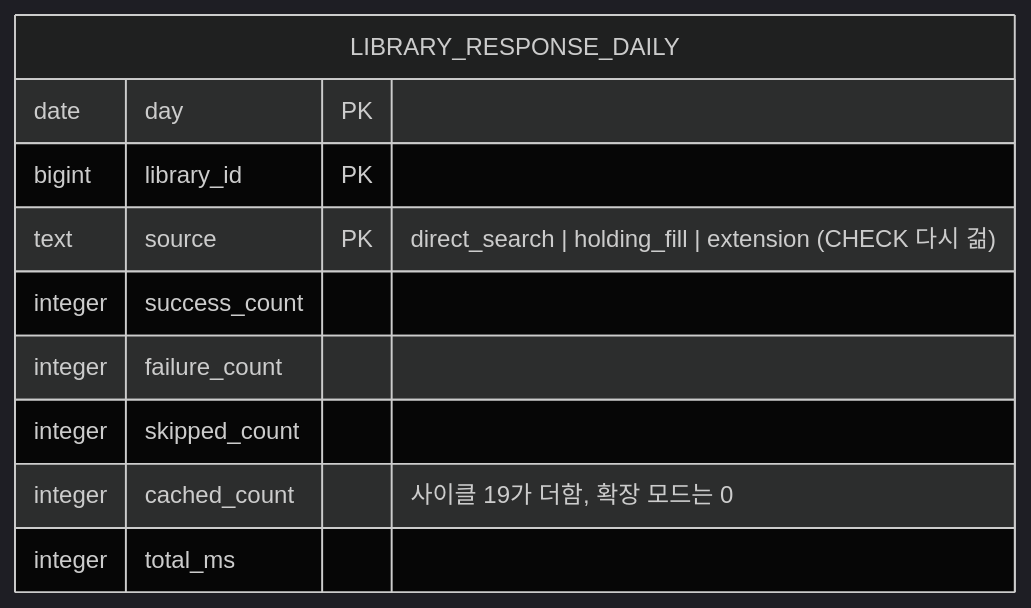
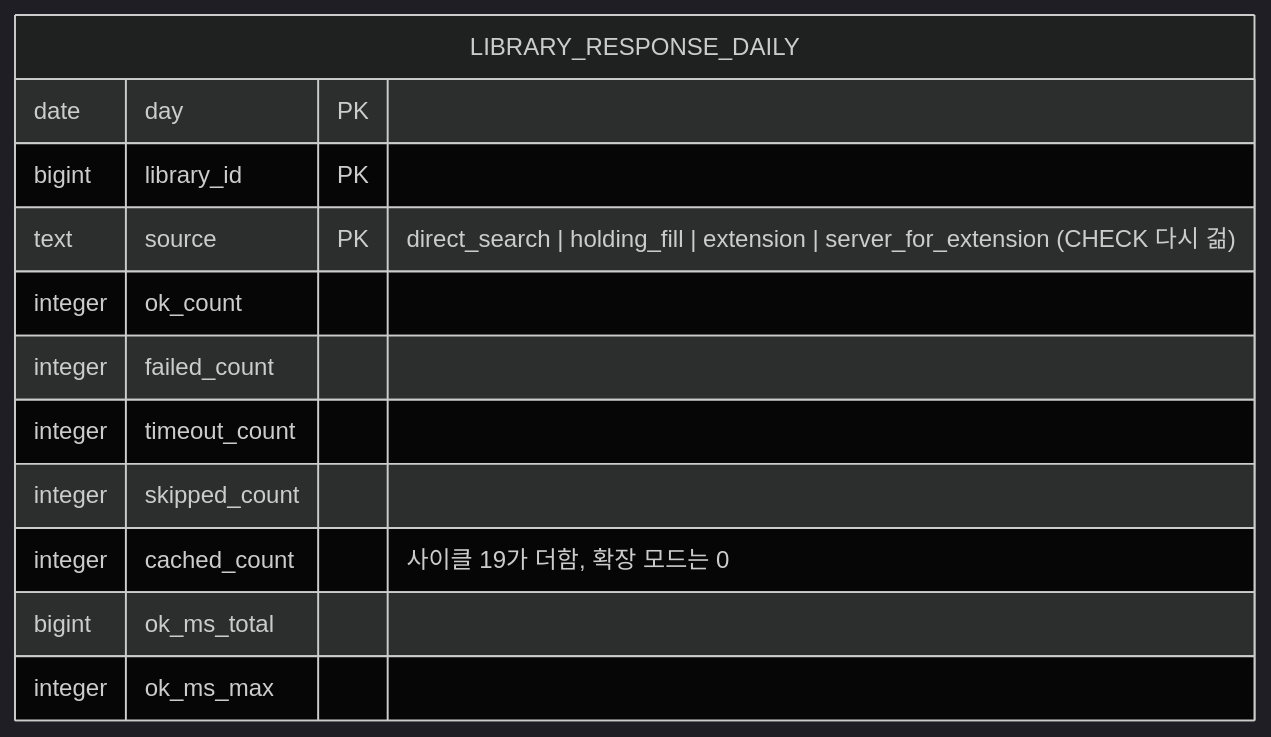
Before and after one commit to hodu-sketch/chaekcheck-plan: the sixth of 6 diagrams in docs/cycles/20-lookup-status-and-extension/design-delta.md, drawn with Mermaid (dark theme). The commit also changed other lines of this file and 11 other files, not shown here.

````diff
--- a/docs/cycles/20-lookup-status-and-extension/design-delta.md
+++ b/docs/cycles/20-lookup-status-and-extension/design-delta.md
@@ -194,13 +202,15 @@
 ```mermaid
 erDiagram
   LIBRARY_RESPONSE_DAILY {
     date day PK
     bigint library_id PK
-    text source PK "direct_search | holding_fill | extension (CHECK 다시 걺)"
-    integer success_count
-    integer failure_count
+    text source PK "direct_search | holding_fill | extension | server_for_extension (CHECK 다시 걺)"
+    integer ok_count
+    integer failed_count
+    integer timeout_count
     integer skipped_count
     integer cached_count "사이클 19가 더함, 확장 모드는 0"
-    integer total_ms
+    bigint ok_ms_total
+    integer ok_ms_max
   }
 ```
````
